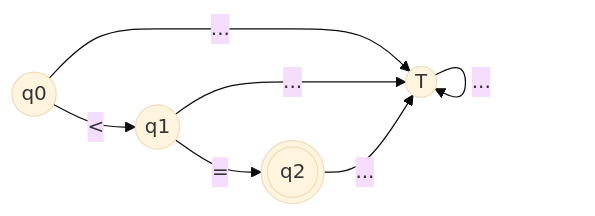
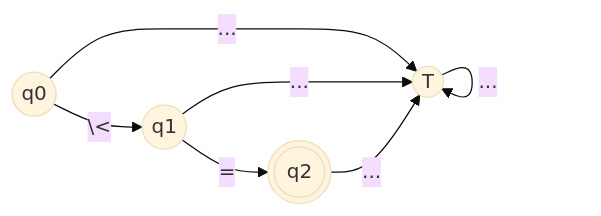
Before and after one commit to martinstanicio/tinylang: diagram 30 of 34 in docs/regexp-afd.md, drawn with Mermaid (base theme). The commit also changed other lines of this file, not shown here.

Commit message:
escapar caracteres especiales en los diagramas de estado

````diff
--- a/docs/regexp-afd.md
+++ b/docs/regexp-afd.md
@@ -559,10 +559,10 @@
 ```mermaid
 flowchart LR
     q0(("q0"))
     q1(("q1"))
     q2((("q2")))
     T(("T"))
 
-    q0 -- "<" --> q1 -- "=" --> q2
+    q0 -- "\<" --> q1 -- "=" --> q2
     q0 & q1 & q2 & T -- "..." --> T
 ```
````
